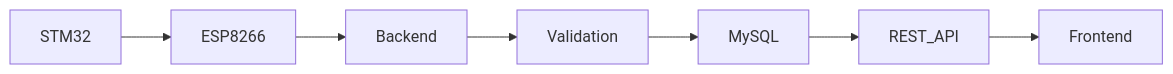
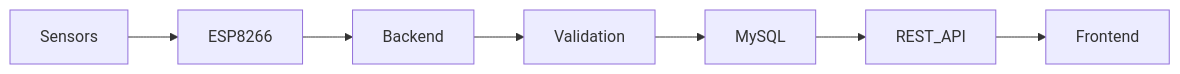
Before and after one commit to jostran1406/Phase_2_Group_11: the fifth of 8 diagrams in docs/architecture/backend.md, drawn with Mermaid. The commit also changed other lines of this file and 1 other file, not shown here.

Commit message:
Update frontend and backend architecture based on mentor feedback

````diff
--- a/docs/architecture/backend.md
+++ b/docs/architecture/backend.md
@@ -141,9 +141,9 @@
 ```mermaid
 flowchart LR
-STM32 --> ESP8266
+Sensors --> ESP8266
 ESP8266 --> Backend
 Backend --> Validation
 Validation --> MySQL
 MySQL --> REST_API
 REST_API --> Frontend
 ```
````
